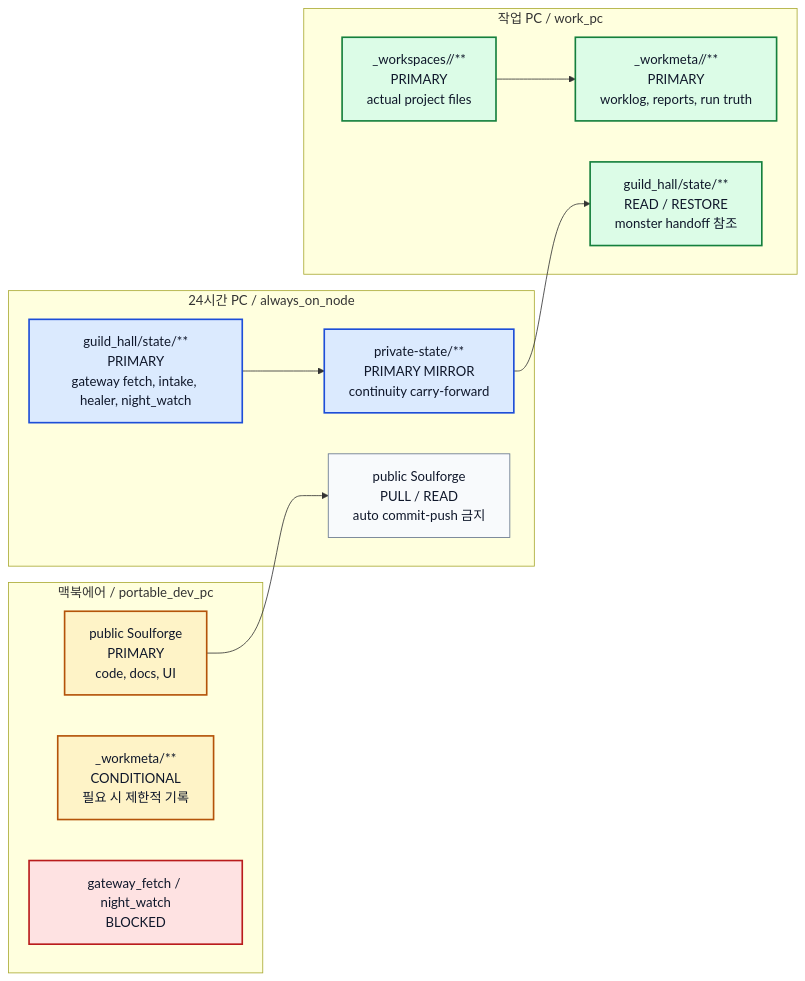
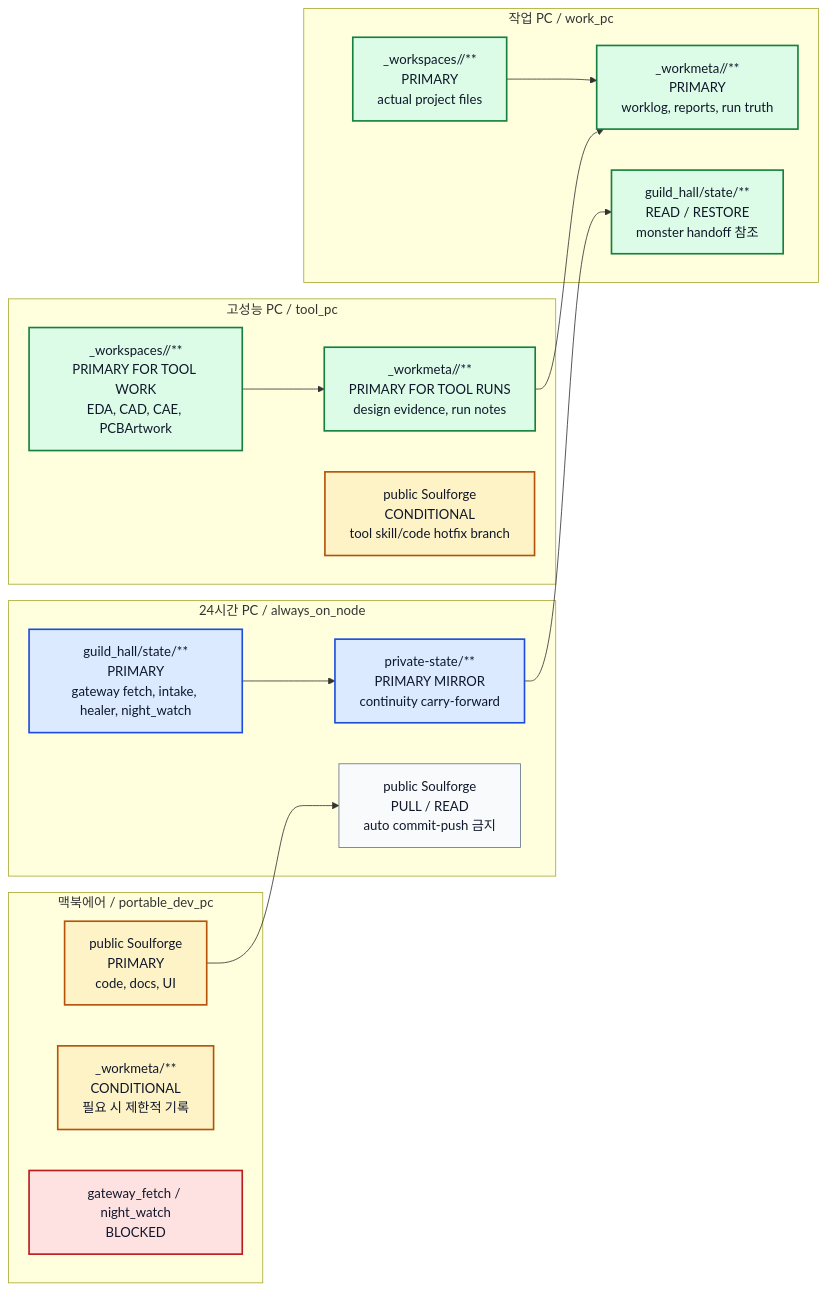
One commit to SungYongMOON/soulforge changed the first of 2 diagrams in docs/architecture/workspace/MULTI_PC_DEVELOPMENT_V0.md. Above: the diagram before and after it, drawn with Mermaid. The commit also changed other lines of this file and 5 other files, not shown here.

````diff
--- a/docs/architecture/workspace/MULTI_PC_DEVELOPMENT_V0.md
+++ b/docs/architecture/workspace/MULTI_PC_DEVELOPMENT_V0.md
@@ -39,37 +39,47 @@
 ```mermaid
 flowchart LR
   subgraph A["24시간 PC / always_on_node"]
     A1["guild_hall/state/**<br/>PRIMARY<br/>gateway fetch, intake, healer, night_watch"]
     A2["private-state/**<br/>PRIMARY MIRROR<br/>continuity carry-forward"]
     A3["public Soulforge<br/>PULL / READ<br/>auto commit-push 금지"]
   end
 
   subgraph W["작업 PC / work_pc"]
     W1["_workspaces/<project_code>/**<br/>PRIMARY<br/>actual project files"]
     W2["_workmeta/<project_code>/**<br/>PRIMARY<br/>worklog, reports, run truth"]
     W3["guild_hall/state/**<br/>READ / RESTORE<br/>monster handoff 참조"]
   end
 
+  subgraph T["고성능 PC / tool_pc"]
+    T1["_workspaces/<project_code>/**<br/>PRIMARY FOR TOOL WORK<br/>EDA, CAD, CAE, PCBArtwork"]
+    T2["_workmeta/<project_code>/**<br/>PRIMARY FOR TOOL RUNS<br/>design evidence, run notes"]
+    T3["public Soulforge<br/>CONDITIONAL<br/>tool skill/code hotfix branch"]
+  end
+
   subgraph M["맥북에어 / portable_dev_pc"]
     M1["public Soulforge<br/>PRIMARY<br/>code, docs, UI"]
     M2["_workmeta/**<br/>CONDITIONAL<br/>필요 시 제한적 기록"]
     M3["gateway_fetch / night_watch<br/>BLOCKED"]
   end
 
   A1 --> A2
   A2 --> W3
   W1 --> W2
+  T1 --> T2
+  T2 --> W2
   M1 --> A3
 
   classDef ops fill:#dbeafe,stroke:#1d4ed8,stroke-width:2px,color:#0f172a;
   classDef work fill:#dcfce7,stroke:#15803d,stroke-width:2px,color:#0f172a;
   classDef dev fill:#fef3c7,stroke:#b45309,stroke-width:2px,color:#0f172a;
   classDef blocked fill:#fee2e2,stroke:#b91c1c,stroke-width:2px,color:#0f172a;
   classDef neutral fill:#f8fafc,stroke:#64748b,stroke-width:1px,color:#0f172a;
 
   class A1,A2 ops;
   class W1,W2,W3 work;
+  class T1,T2 work;
+  class T3 dev;
   class M1,M2 dev;
   class M3 blocked;
   class A3 neutral;
 ```
````
